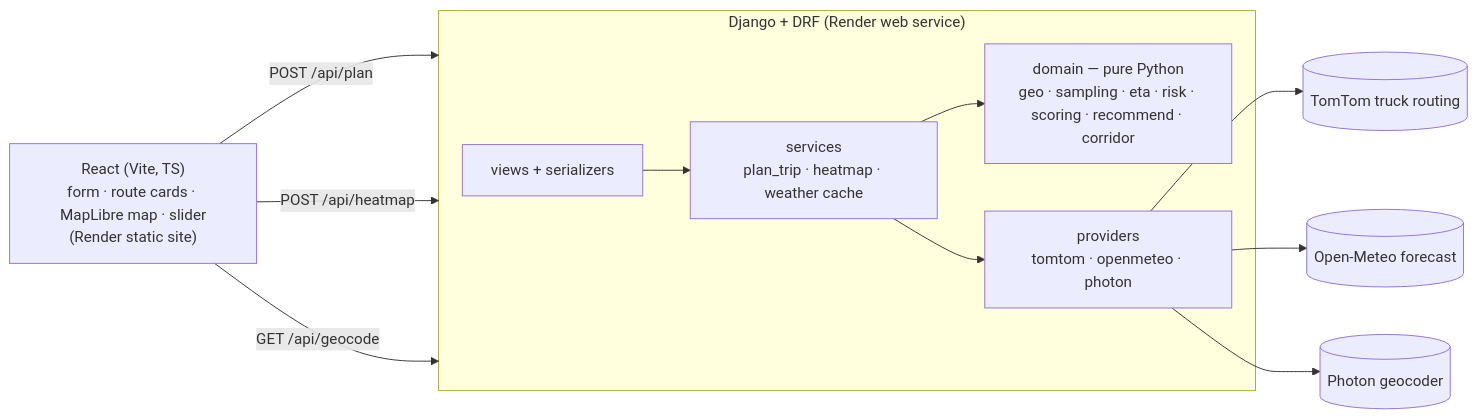
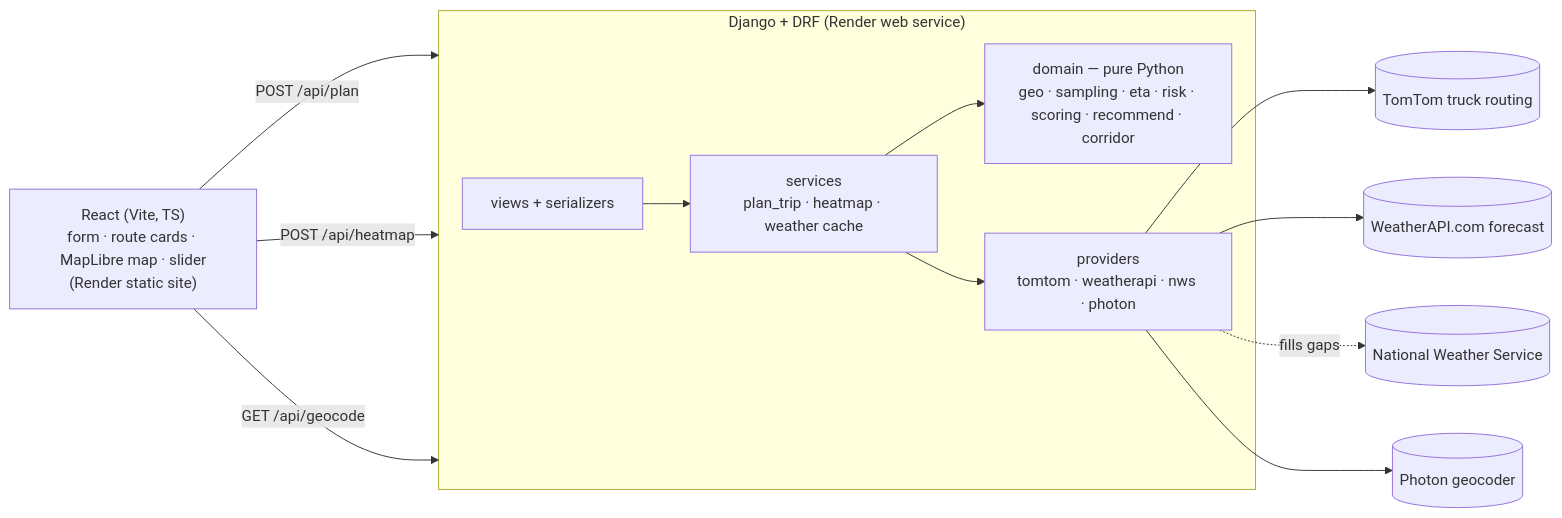
One commit to murtuza777/spotter_labs_assessment changed the diagram in README.md. Above: the diagram before and after it, drawn with Mermaid. The commit also changed other lines of this file and 4 other files, not shown here.

Commit message:
docs: weather providers, UI polish audit and progress log

````diff
--- a/README.md
+++ b/README.md
@@ -47,14 +48,15 @@
 ```mermaid
 flowchart LR
   UI["React (Vite, TS)<br/>form · route cards · MapLibre map · slider<br/>(Render static site)"] -->|POST /api/plan| API
   UI -->|POST /api/heatmap| API
   UI -->|GET /api/geocode| API
   subgraph API["Django + DRF (Render web service)"]
     V[views + serializers] --> S[services<br/>plan_trip · heatmap · weather cache]
     S --> D[domain — pure Python<br/>geo · sampling · eta · risk · scoring · recommend · corridor]
-    S --> P[providers<br/>tomtom · openmeteo · photon]
+    S --> P[providers<br/>tomtom · weatherapi · nws · photon]
   end
   P --> TT[(TomTom truck routing)]
-  P --> OM[(Open-Meteo forecast)]
+  P --> WA[(WeatherAPI.com forecast)]
+  P -.->|fills gaps| NWS[(National Weather Service)]
   P --> PH[(Photon geocoder)]
 ```
````
